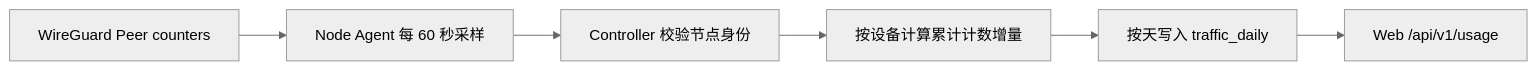
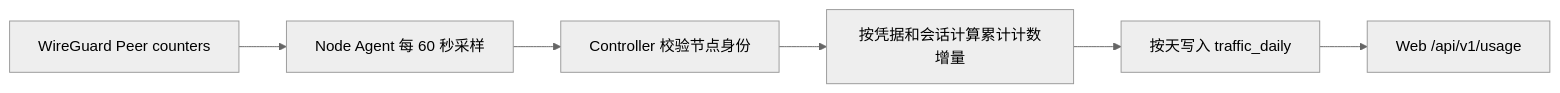
One commit to CNTWDev/one-click-vpn changed the second of 2 diagrams in docs/architecture/09-c-user-web.md. Above: the diagram before and after it, drawn with Mermaid (neutral theme). The commit also changed other lines of this file and 22 other files, not shown here.

````diff
--- a/docs/architecture/09-c-user-web.md
+++ b/docs/architecture/09-c-user-web.md
@@ -172,8 +172,8 @@
 ```mermaid
 flowchart LR
   A[WireGuard Peer counters] --> B[Node Agent 每 60 秒采样]
   B --> C[Controller 校验节点身份]
-  C --> D[按设备计算累计计数增量]
+  C --> D[按凭据和会话计算累计计数增量]
   D --> E[按天写入 traffic_daily]
   E --> F[Web /api/v1/usage]
 ```
````
